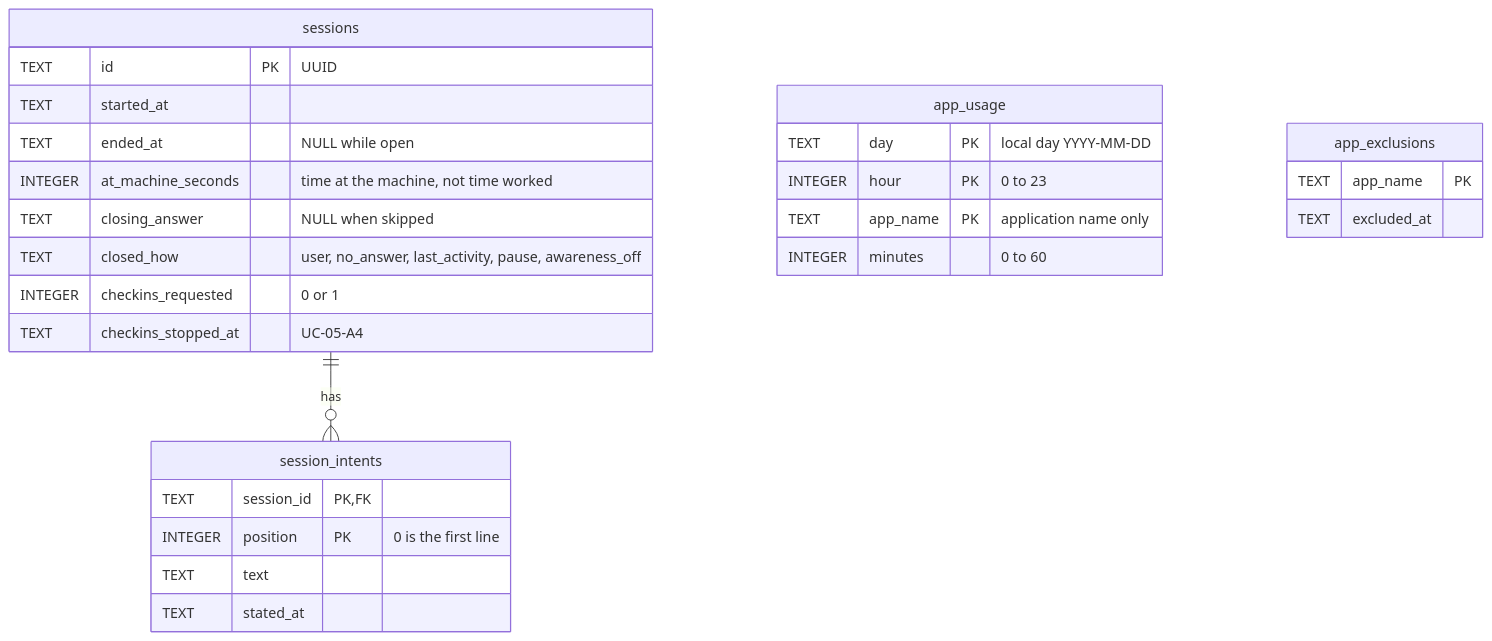
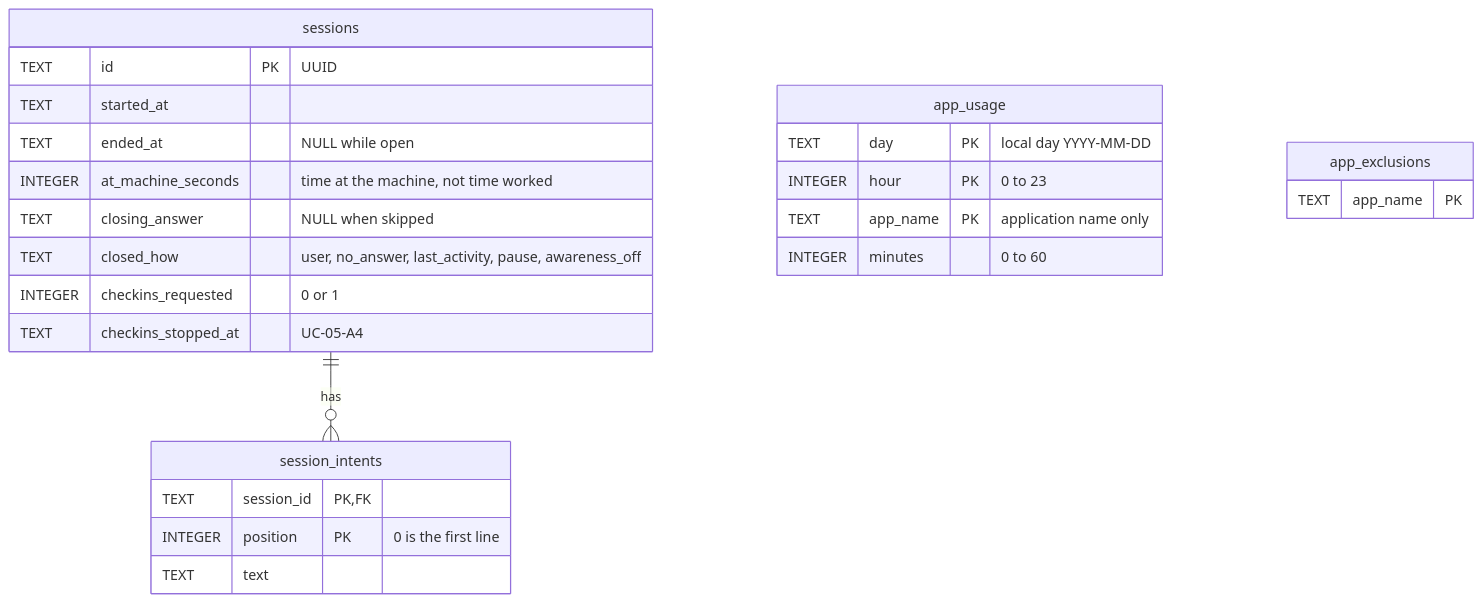
The fifth of 10 diagrams in docs/ERD.md (NguyenVu04/cognia), drawn with Mermaid before and after one commit. The commit also changed other lines of this file and 40 other files, not shown here.

````diff
--- a/docs/ERD.md
+++ b/docs/ERD.md
@@ -455,30 +502,28 @@
 ```mermaid
 erDiagram
     sessions {
         TEXT id PK "UUID"
         TEXT started_at
         TEXT ended_at "NULL while open"
         INTEGER at_machine_seconds "time at the machine, not time worked"
         TEXT closing_answer "NULL when skipped"
         TEXT closed_how "user, no_answer, last_activity, pause, awareness_off"
         INTEGER checkins_requested "0 or 1"
         TEXT checkins_stopped_at "UC-05-A4"
     }
     session_intents {
         TEXT session_id PK, FK
         INTEGER position PK "0 is the first line"
         TEXT text
-        TEXT stated_at
     }
     app_usage {
         TEXT day PK "local day YYYY-MM-DD"
         INTEGER hour PK "0 to 23"
         TEXT app_name PK "application name only"
         INTEGER minutes "0 to 60"
     }
     app_exclusions {
         TEXT app_name PK
-        TEXT excluded_at
     }
     sessions ||--o{ session_intents : "has"
 ```
````
